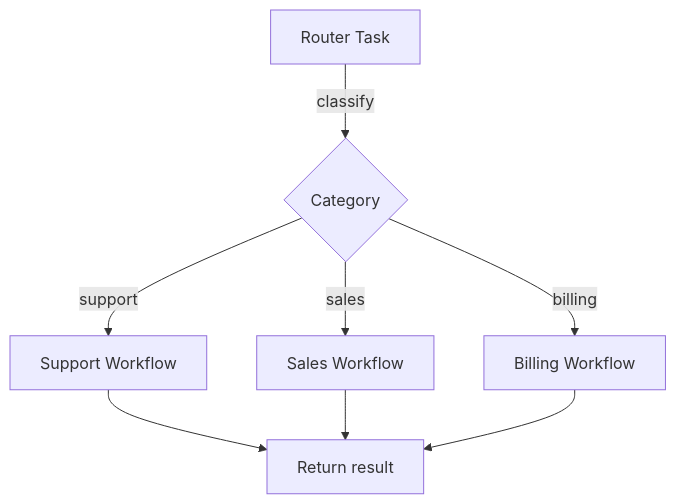
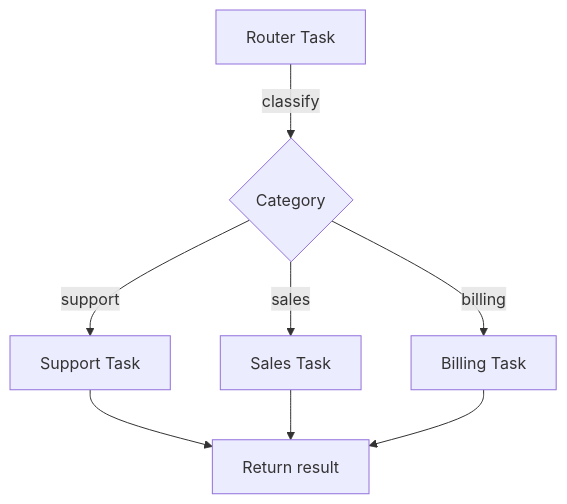
One commit to hatchet-dev/hatchet changed the diagram in frontend/docs/pages/guides/ai-agents/routing.mdx. Above: the diagram before and after it, drawn with Mermaid. The commit also changed other lines of this file and 103 other files, not shown here.

````diff
--- a/frontend/docs/pages/guides/ai-agents/routing.mdx
+++ b/frontend/docs/pages/guides/ai-agents/routing.mdx
@@ -12,10 +12,10 @@
 ```mermaid
 flowchart TD
     R[Router Task] -->|classify| C{Category}
-    C -->|support| S[Support Workflow]
-    C -->|sales| B[Sales Workflow]
-    C -->|billing| D[Billing Workflow]
+    C -->|support| S[Support Task]
+    C -->|sales| B[Sales Task]
+    C -->|billing| D[Billing Task]
     S --> O[Return result]
     B --> O
     D --> O
 ```
````
